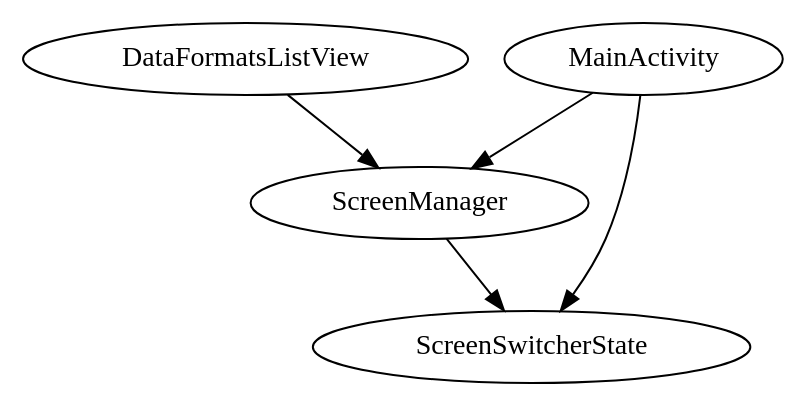
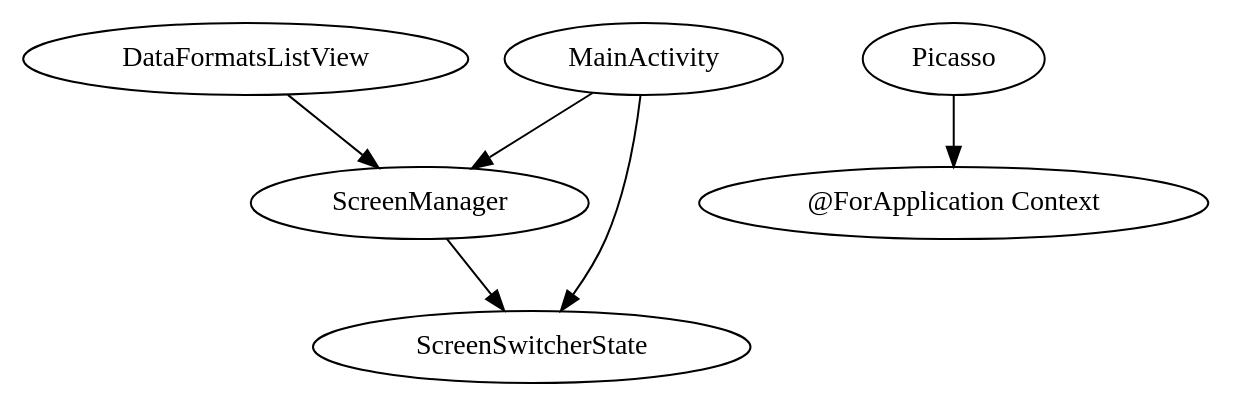
One commit to benwicks/structured-data-demo changed the diagram in app/build/generated/source/apt/debug/com/benjaminwicks/structureddatademo/dataFormatsList/DataFormatsListScreenModule.dot. Above: the diagram before and after it, drawn with Graphviz. The commit also changed 36 other files, not shown here.

```diff
--- a/app/build/generated/source/apt/debug/com/benjaminwicks/structureddatademo/dataFormatsList/DataFormatsListScreenModule.dot
+++ b/app/build/generated/source/apt/debug/com/benjaminwicks/structureddatademo/dataFormatsList/DataFormatsListScreenModule.dot
@@ -1,7 +1,9 @@
 digraph G1 {
   concentrate = true;
   DataFormatsListView -> ScreenManager;
   MainActivity -> ScreenManager;
   MainActivity -> ScreenSwitcherState;
+  n2 [label="@ForApplication Context"];
+  Picasso -> n2;
   ScreenManager -> ScreenSwitcherState;
 }
```
